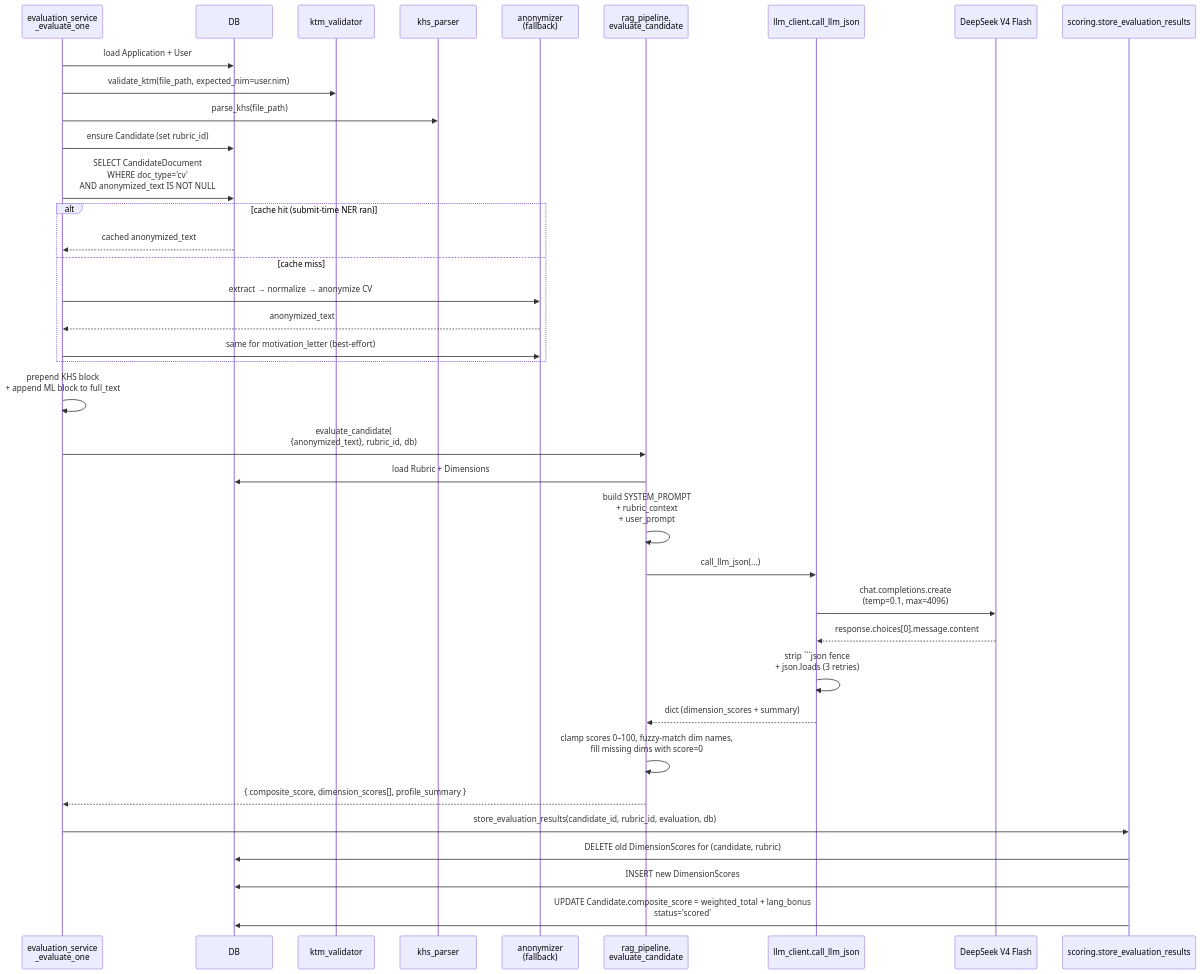
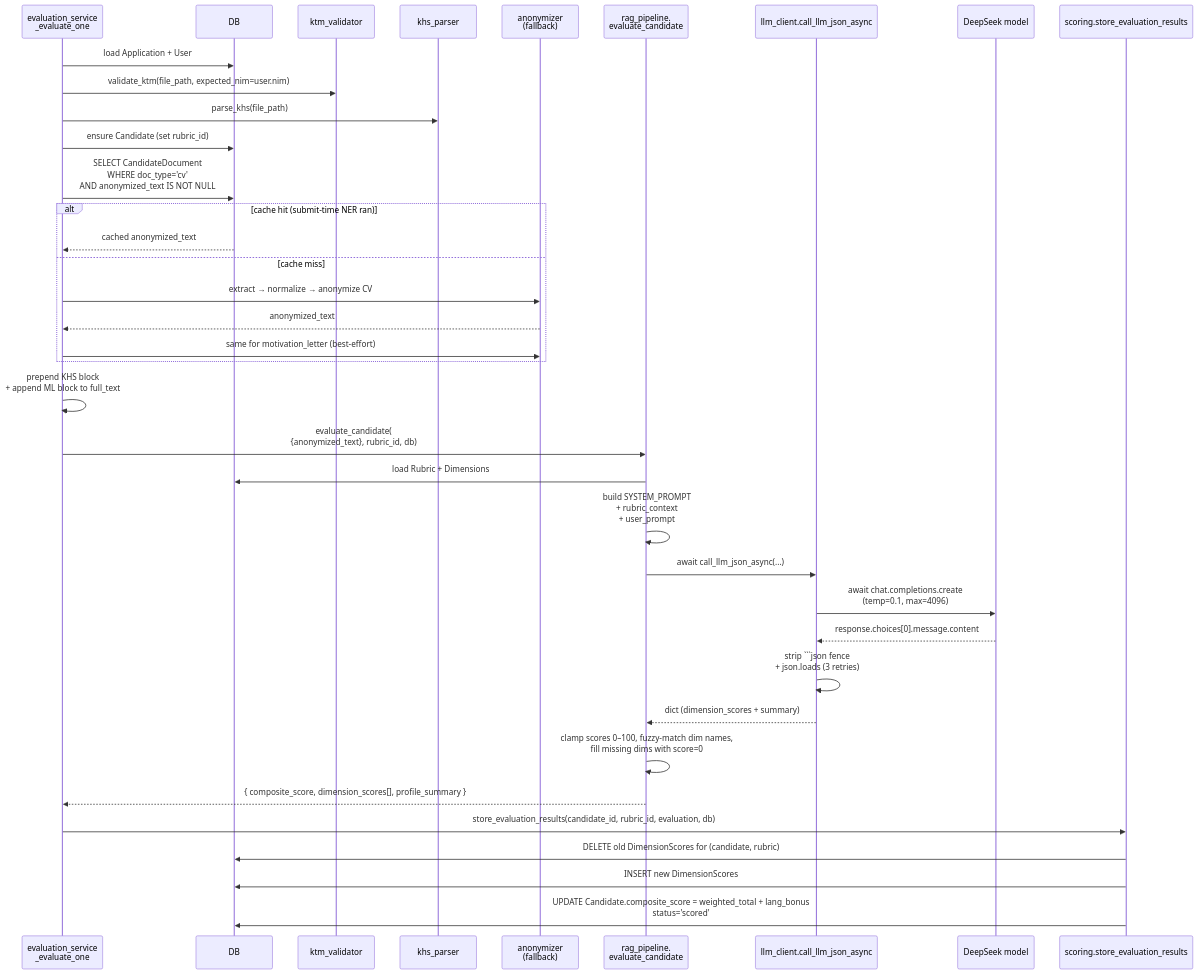
The seventh of 11 diagrams in docs/FLOW_DIAGRAMS.md (istgrudd/screenai-lab), drawn with Mermaid before and after one commit. The commit also changed 8 other files, not shown here.

Commit message:
feat: implement async DeepSeek client and update evaluation pipeline for concurrency

````diff
--- a/docs/FLOW_DIAGRAMS.md
+++ b/docs/FLOW_DIAGRAMS.md
@@ -272,40 +272,40 @@
 ```mermaid
 sequenceDiagram
     participant ES as evaluation_service<br/>_evaluate_one
     participant DB as DB
     participant KTM as ktm_validator
     participant KHS as khs_parser
     participant ANO as anonymizer<br/>(fallback)
     participant RAG as rag_pipeline.<br/>evaluate_candidate
-    participant LLM as llm_client.call_llm_json
-    participant DS as DeepSeek V4 Flash
+    participant LLM as llm_client.call_llm_json_async
+    participant DS as DeepSeek model
     participant SC as scoring.store_evaluation_results
 
     ES->>DB: load Application + User
     ES->>KTM: validate_ktm(file_path, expected_nim=user.nim)
     ES->>KHS: parse_khs(file_path)
     ES->>DB: ensure Candidate (set rubric_id)
     ES->>DB: SELECT CandidateDocument<br/>WHERE doc_type='cv'<br/>AND anonymized_text IS NOT NULL
     alt cache hit (submit-time NER ran)
         DB-->>ES: cached anonymized_text
     else cache miss
         ES->>ANO: extract → normalize → anonymize CV
         ANO-->>ES: anonymized_text
         ES->>ANO: same for motivation_letter (best-effort)
     end
     ES->>ES: prepend KHS block<br/>+ append ML block to full_text
     ES->>RAG: evaluate_candidate(<br/>{anonymized_text}, rubric_id, db)
     RAG->>DB: load Rubric + Dimensions
     RAG->>RAG: build SYSTEM_PROMPT<br/>+ rubric_context<br/>+ user_prompt
-    RAG->>LLM: call_llm_json(...)
-    LLM->>DS: chat.completions.create<br/>(temp=0.1, max=4096)
+    RAG->>LLM: await call_llm_json_async(...)
+    LLM->>DS: await chat.completions.create<br/>(temp=0.1, max=4096)
     DS-->>LLM: response.choices[0].message.content
     LLM->>LLM: strip ```json fence<br/>+ json.loads (3 retries)
     LLM-->>RAG: dict (dimension_scores + summary)
     RAG->>RAG: clamp scores 0–100, fuzzy-match dim names,<br/>fill missing dims with score=0
     RAG-->>ES: { composite_score, dimension_scores[], profile_summary }
     ES->>SC: store_evaluation_results(candidate_id, rubric_id, evaluation, db)
     SC->>DB: DELETE old DimensionScores for (candidate, rubric)
     SC->>DB: INSERT new DimensionScores
     SC->>DB: UPDATE Candidate.composite_score = weighted_total + lang_bonus<br/>status='scored'
 ```
````
